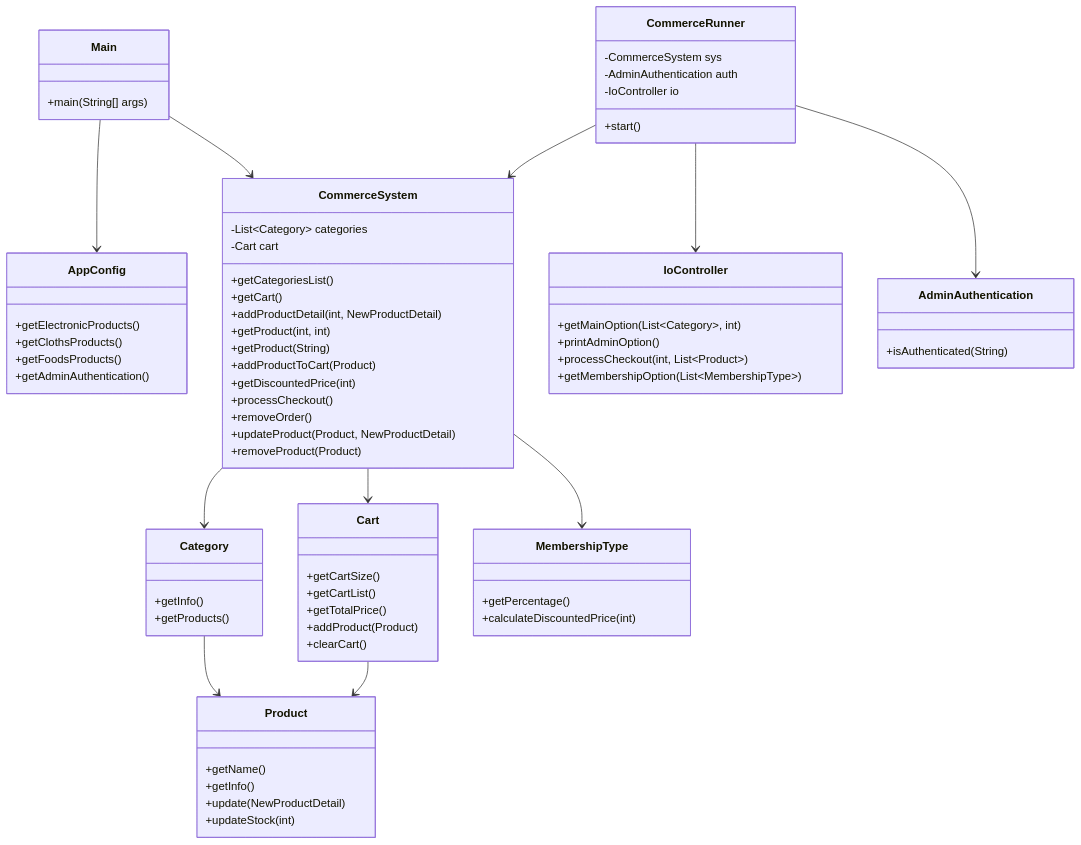
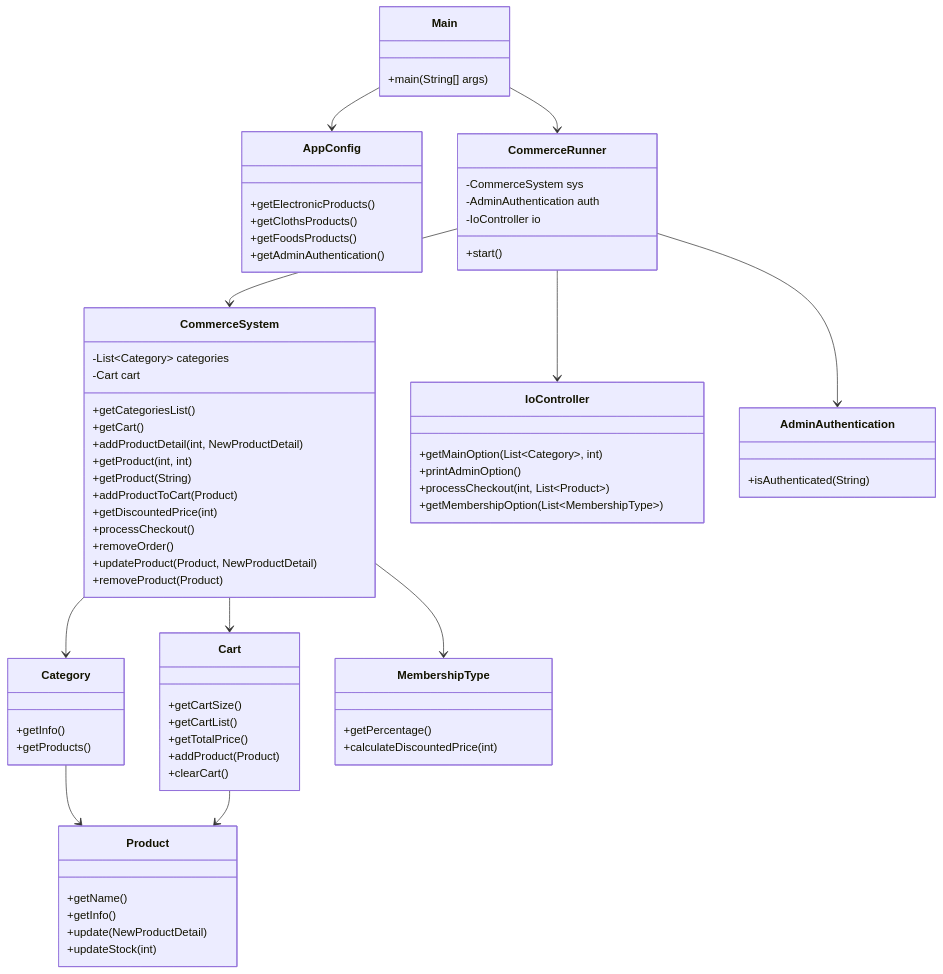
Before and after one commit to Astro-Luminoso/basic-commerce: the diagram in README.md, drawn with Mermaid.

Commit message:
fix: fix dependency/assosiation

```diff
--- a/README.md
+++ b/README.md
@@ -129,7 +129,7 @@
 	}
 
 	Main --> AppConfig
-	Main --> CommerceSystem
+	Main --> CommerceRunner
 	CommerceRunner --> CommerceSystem
 	CommerceRunner --> AdminAuthentication
 	CommerceRunner --> IoController
```
